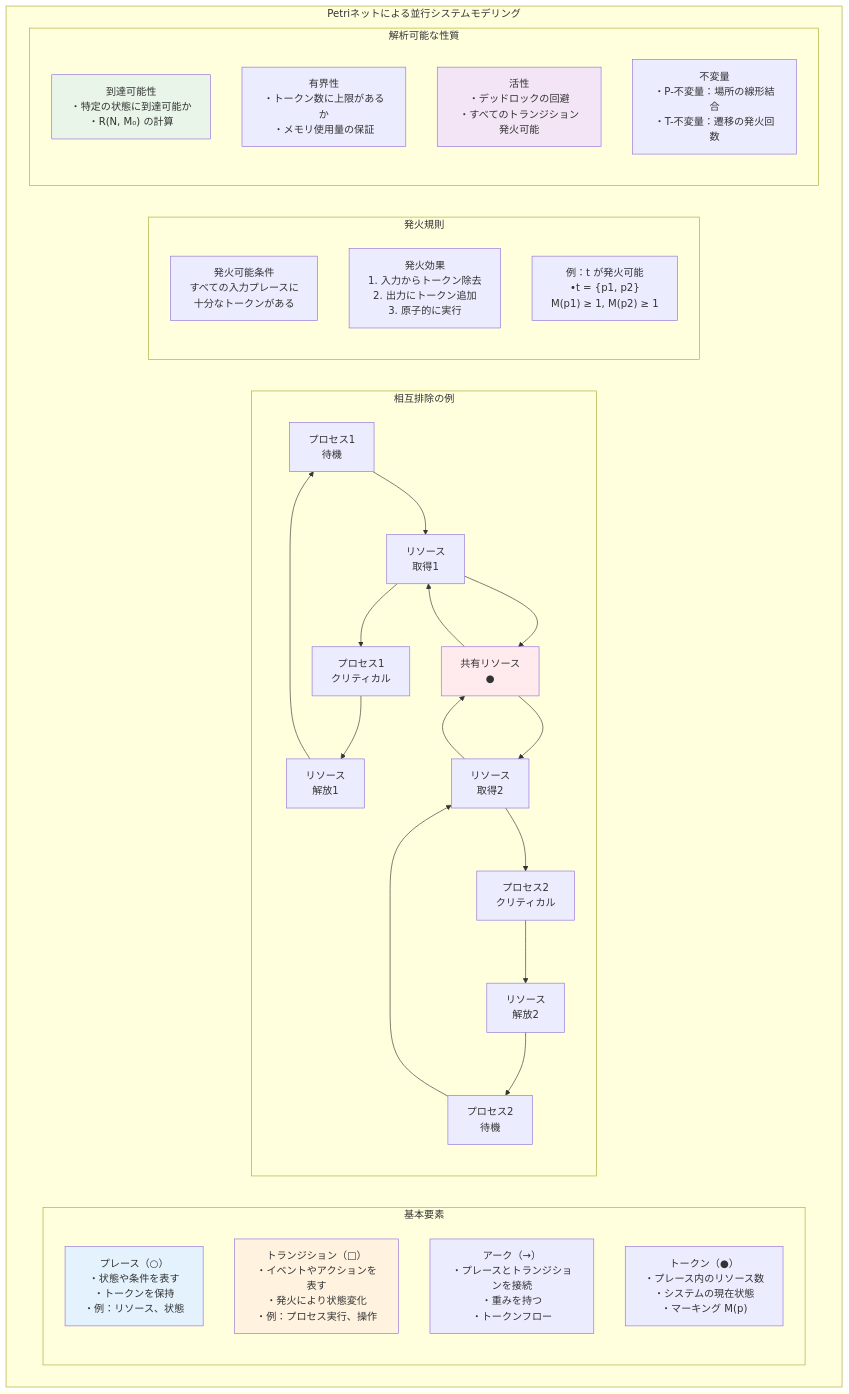
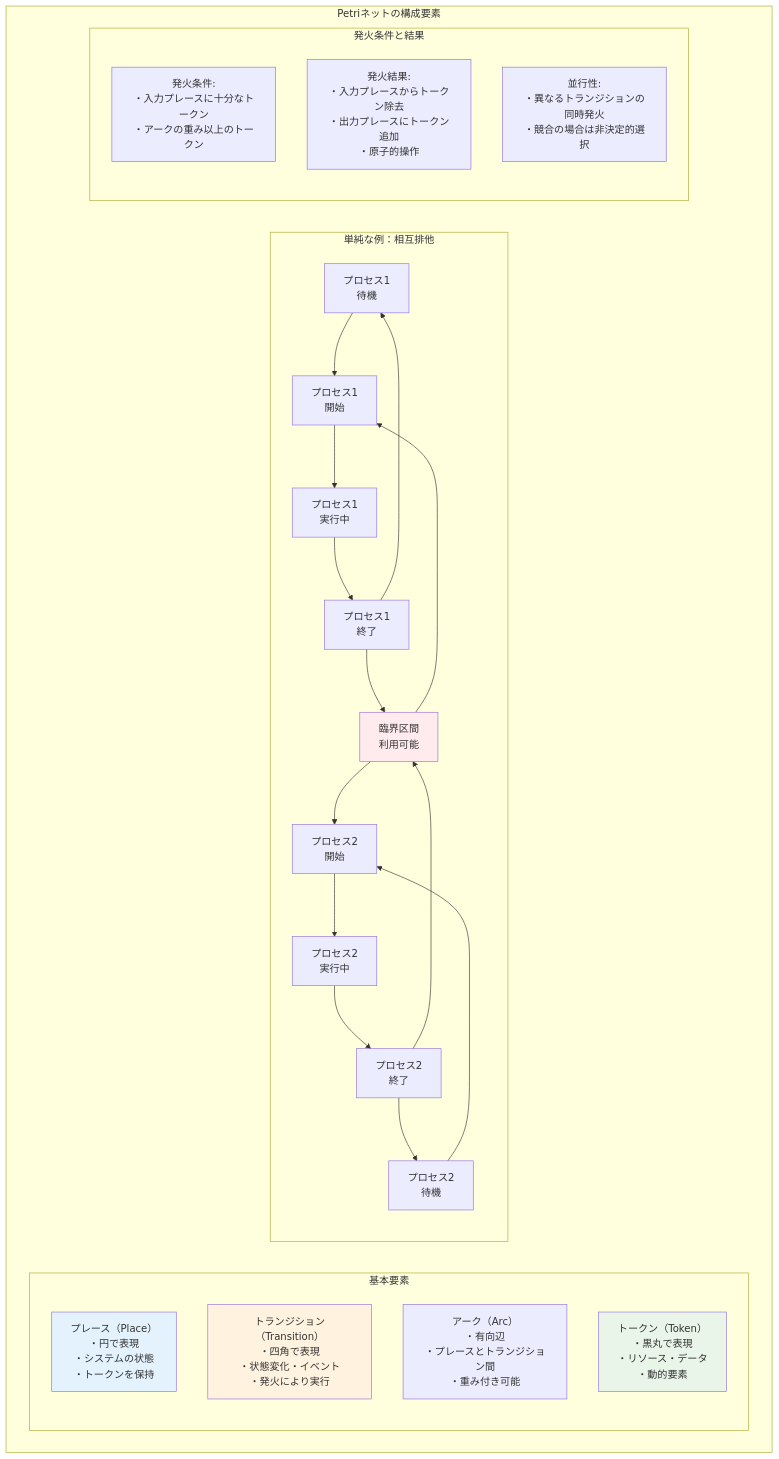
The second of 6 diagrams in chapter12-concurrent-computation.md (itdojp/theoretical-computer-science-textbook-public), drawn with Mermaid before and after one commit. The commit also changed other lines of this file, not shown here.

First line of the commit message:
feat: 第12章並行計算の理論にMermaid図表を追加

````diff
--- a/chapter12-concurrent-computation.md
+++ b/chapter12-concurrent-computation.md
@@ -153,65 +153,54 @@
 ```mermaid
 graph TD
-    subgraph "Petriネットによる並行システムモデリング"
+    subgraph "Petriネットの構成要素"
         subgraph "基本要素"
-            Places["プレース（○）<br/>・状態や条件を表す<br/>・トークンを保持<br/>・例：リソース、状態"]
+            Place["プレース（Place）<br/>・円で表現<br/>・システムの状態<br/>・トークンを保持"]
             
-            Transitions["トランジション（□）<br/>・イベントやアクションを表す<br/>・発火により状態変化<br/>・例：プロセス実行、操作"]
+            Transition["トランジション（Transition）<br/>・四角で表現<br/>・状態変化・イベント<br/>・発火により実行"]
             
-            Arcs["アーク（→）<br/>・プレースとトランジションを接続<br/>・重みを持つ<br/>・トークンフロー"]
+            Arc["アーク（Arc）<br/>・有向辺<br/>・プレースとトランジション間<br/>・重み付き可能"]
             
-            Tokens["トークン（●）<br/>・プレース内のリソース数<br/>・システムの現在状態<br/>・マーキング M(p)"]
+            Token["トークン（Token）<br/>・黒丸で表現<br/>・リソース・データ<br/>・動的要素"]
         end
         
-        subgraph "相互排除の例"
+        subgraph "単純な例：相互排他"
             P1["プロセス1<br/>待機"]
-            P2["プロセス2<br/>待機"]
-            Resource["共有リソース<br/>●"]
-            CS1["プロセス1<br/>クリティカル"]
-            CS2["プロセス2<br/>クリティカル"]
+            T1["プロセス1<br/>開始"]
+            P2["臨界区間<br/>利用可能"]
+            T2["プロセス1<br/>終了"]
+            P3["プロセス1<br/>実行中"]
             
-            T1["リソース<br/>取得1"]
-            T2["リソース<br/>取得2"]
-            T3["リソース<br/>解放1"]
-            T4["リソース<br/>解放2"]
+            P4["プロセス2<br/>待機"]
+            T3["プロセス2<br/>開始"]
+            T4["プロセス2<br/>終了"]
+            P5["プロセス2<br/>実行中"]
             
             P1 --> T1
-            T1 --> CS1
-            CS1 --> T3
-            T3 --> P1
-            T1 --> Resource
-            Resource --> T1
+            P2 --> T1
+            T1 --> P3
+            P3 --> T2
+            T2 --> P1
+            T2 --> P2
             
-            P2 --> T2
-            T2 --> CS2
-            CS2 --> T4
+            P4 --> T3
+            P2 --> T3
+            T3 --> P5
+            P5 --> T4
+            T4 --> P4
             T4 --> P2
-            T2 --> Resource
-            Resource --> T2
         end
         
-        subgraph "発火規則"
-            EnableRule["発火可能条件<br/>すべての入力プレースに<br/>十分なトークンがある"]
+        subgraph "発火条件と結果"
+            FireCondition["発火条件:<br/>・入力プレースに十分なトークン<br/>・アークの重み以上のトークン"]
             
-            FireRule["発火効果<br/>1. 入力からトークン除去<br/>2. 出力にトークン追加<br/>3. 原子的に実行"]
+            FireResult["発火結果:<br/>・入力プレースからトークン除去<br/>・出力プレースにトークン追加<br/>・原子的操作"]
             
-            Example["例：t が発火可能<br/>•t = {p1, p2}<br/>M(p1) ≥ 1, M(p2) ≥ 1"]
-        end
-        
-        subgraph "解析可能な性質"
-            Reachability["到達可能性<br/>・特定の状態に到達可能か<br/>・R(N, M₀) の計算"]
-            
-            Boundedness["有界性<br/>・トークン数に上限があるか<br/>・メモリ使用量の保証"]
-            
-            Liveness["活性<br/>・デッドロックの回避<br/>・すべてのトランジション発火可能"]
-            
-            Invariants["不変量<br/>・P-不変量：場所の線形結合<br/>・T-不変量：遷移の発火回数"]
+            Concurrency["並行性:<br/>・異なるトランジションの同時発火<br/>・競合の場合は非決定的選択"]
         end
     end
     
-    style Places fill:#e3f2fd
-    style Transitions fill:#fff3e0
-    style Resource fill:#ffebee
-    style Reachability fill:#e8f5e8
-    style Liveness fill:#f3e5f5
+    style Place fill:#e3f2fd
+    style Transition fill:#fff3e0
+    style Token fill:#e8f5e8
+    style P2 fill:#ffebee
 ```
````
